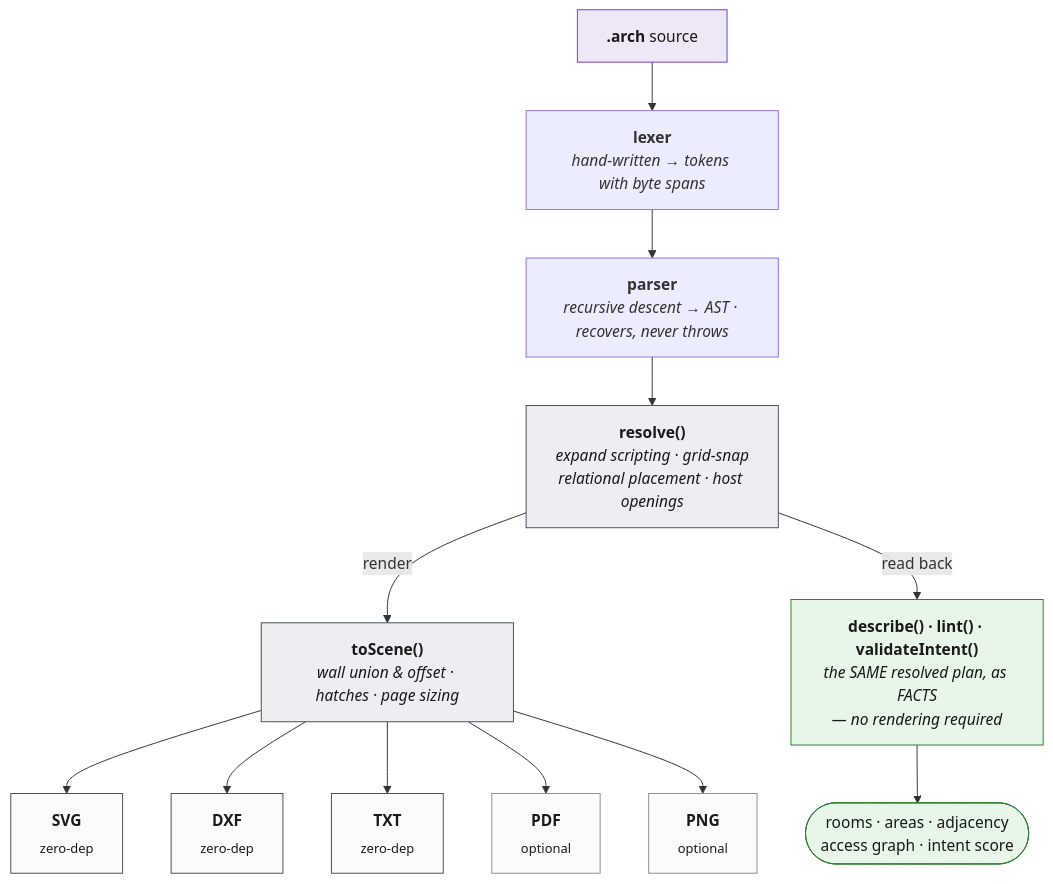
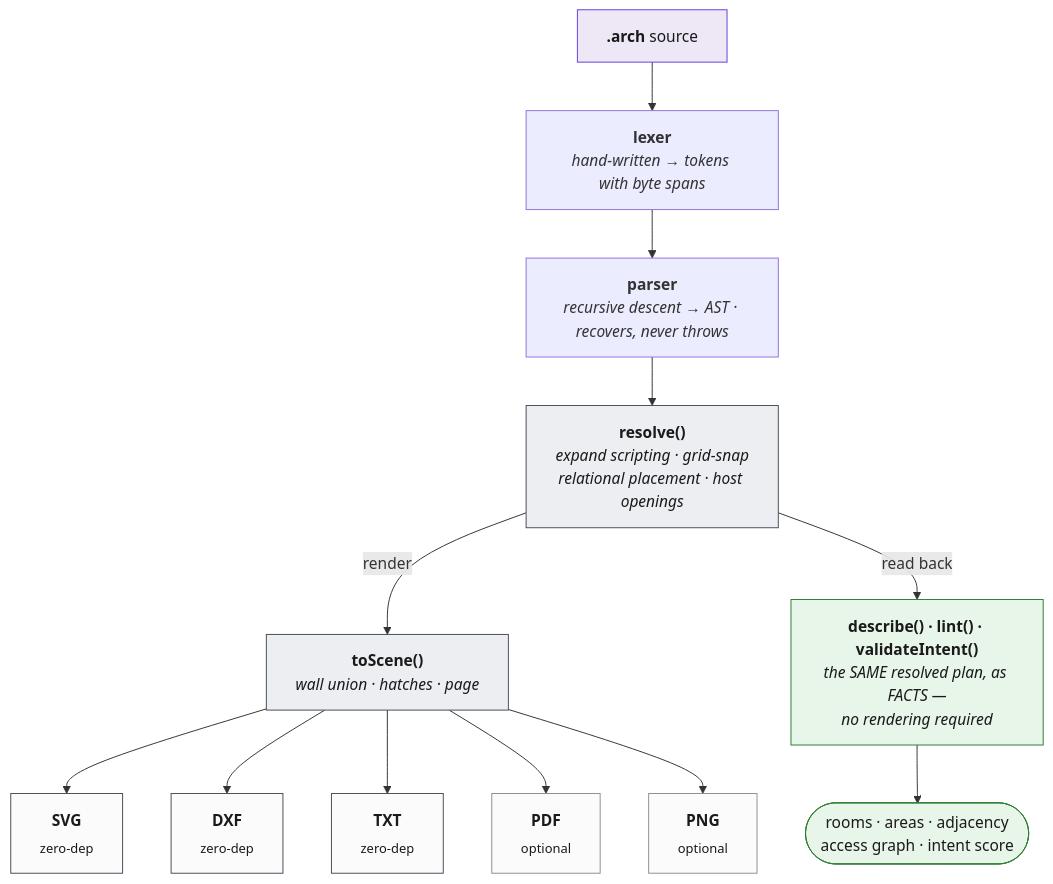
One commit to ChanMeng666/archlang changed the second of 2 diagrams in README.md. Above: the diagram before and after it, drawn with Mermaid. The commit also changed other lines of this file, not shown here.

First line of the commit message:
docs(readme): make the agent-loop diagram fit the README column

````diff
--- a/README.md
+++ b/README.md
@@ -357,28 +358,28 @@
 ```mermaid
 flowchart TD
     SRC["<b>.arch</b> source"] --> LEX["<b>lexer</b><br/><i>hand-written → tokens with byte spans</i>"]
     LEX --> PAR["<b>parser</b><br/><i>recursive descent → AST · recovers, never throws</i>"]
     PAR --> IR["<b>resolve()</b><br/><i>expand scripting · grid-snap<br/>relational placement · host openings</i>"]
 
-    IR -->|"render"| SCN["<b>toScene()</b><br/><i>wall union & offset · hatches · page sizing</i>"]
-    IR -->|"read back"| DESC["<b>describe() · lint() · validateIntent()</b><br/><i>the SAME resolved plan, as FACTS<br/>— no rendering required</i>"]
+    IR -->|"render"| SCN["<b>toScene()</b><br/><i>wall union · hatches · page</i>"]
+    IR -->|"read back"| DESC["<b>describe() · lint() · validateIntent()</b><br/><i>the SAME resolved plan, as FACTS —<br/>no rendering required</i>"]
 
     SCN --> SVG["<b>SVG</b><br/><sub>zero-dep</sub>"]
     SCN --> DXF["<b>DXF</b><br/><sub>zero-dep</sub>"]
     SCN --> TXT["<b>TXT</b><br/><sub>zero-dep</sub>"]
     SCN --> PDF["<b>PDF</b><br/><sub>optional</sub>"]
     SCN --> PNG["<b>PNG</b><br/><sub>optional</sub>"]
 
     DESC --> FACTS(["rooms · areas · adjacency<br/>access graph · intent score"])
 
     style SRC fill:#ede7f6,stroke:#6b3ae0,color:#1a1a1a
     style IR fill:#eceef2,stroke:#464d59,color:#1a1a1a
     style SCN fill:#eceef2,stroke:#464d59,color:#1a1a1a
     style DESC fill:#e8f5e9,stroke:#2e7d32,color:#1a1a1a
     style FACTS fill:#e8f5e9,stroke:#2e7d32,color:#1a1a1a
     style SVG fill:#fbfbfc,stroke:#464d59,color:#1a1a1a
     style DXF fill:#fbfbfc,stroke:#464d59,color:#1a1a1a
     style TXT fill:#fbfbfc,stroke:#464d59,color:#1a1a1a
     style PDF fill:#fbfbfc,stroke:#8a8f98,color:#1a1a1a
     style PNG fill:#fbfbfc,stroke:#8a8f98,color:#1a1a1a
 ```
````
